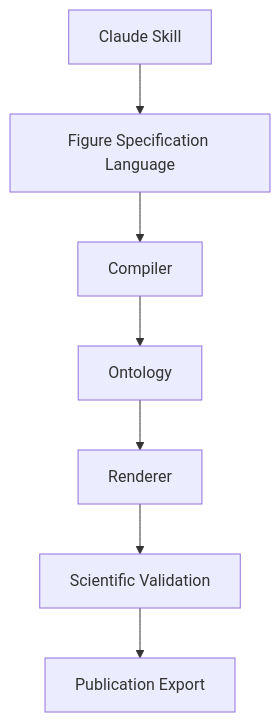
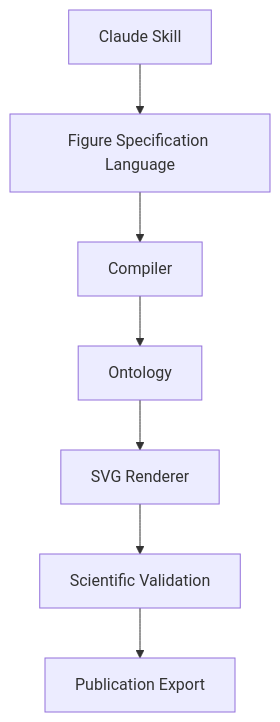
The first of 2 diagrams in README.md (insight2017aquib/MedicinalChemistryFigureDesigner), drawn with Mermaid before and after one commit. The commit also changed other lines of this file and 16 other files, not shown here.

First line of the commit message:
feat(renderers): v0.6 minimal SVG renderer

````diff
--- a/README.md
+++ b/README.md
@@ -60,9 +60,9 @@
 ```mermaid
 flowchart TD
     A[Claude Skill] --> B[Figure Specification Language]
     B --> C[Compiler]
     C --> O[Ontology]
-    O --> R[Renderer]
+    O --> R[SVG Renderer]
     R --> E[Scientific Validation]
     E --> F[Publication Export]
 ```
````
